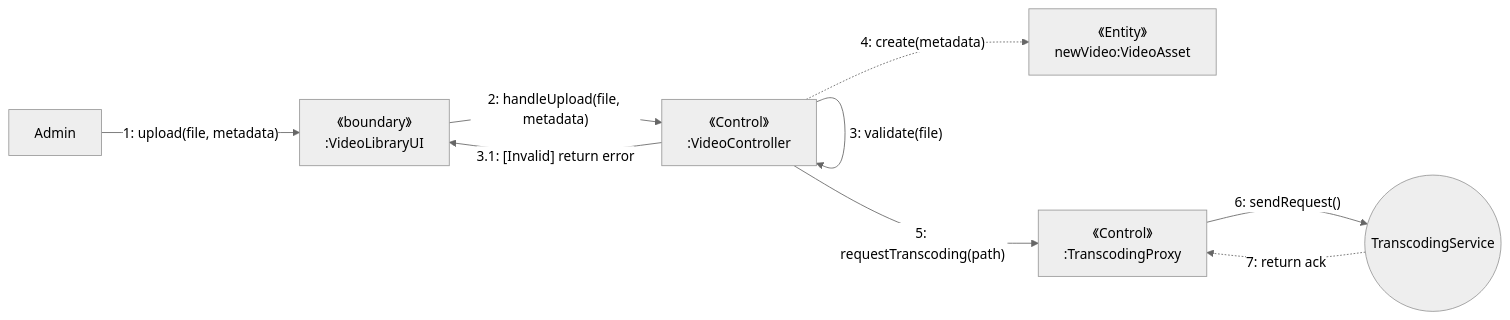
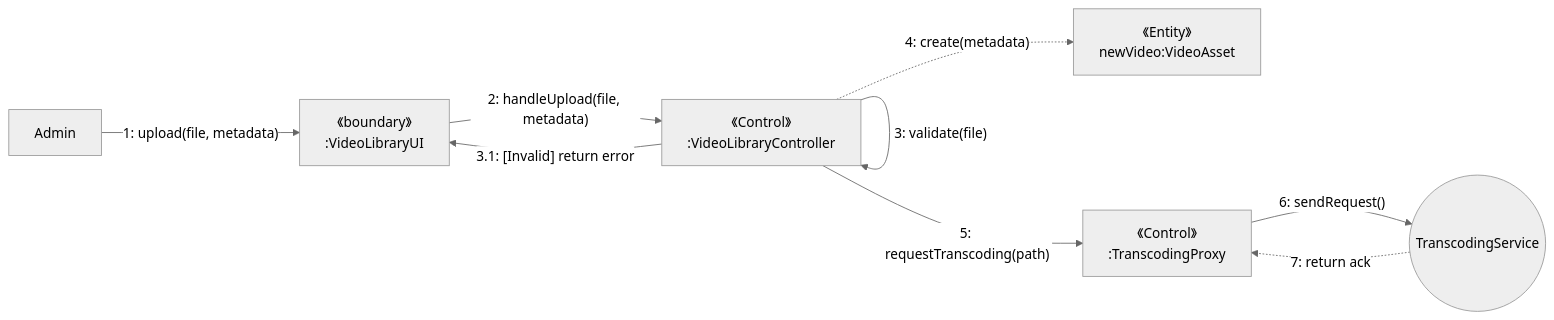
One commit to Danny8yo/online-private-movie-house changed the first of 7 diagrams in docLiu/管理视频库.md. Above: the diagram before and after it, drawn with Mermaid (neutral theme). The commit also changed other lines of this file and 32 other files, not shown here.

````diff
--- a/docLiu/管理视频库.md
+++ b/docLiu/管理视频库.md
@@ -40,17 +40,17 @@
 ```mermaid
 graph LR
     actor[Admin] -- "1: upload(file, metadata)" --> UI[《boundary》\n :VideoLibraryUI]
     classDef actor fill:#ffffff,stroke:#333,stroke-width:1px;
     
-    UI -- "2: handleUpload(file, metadata)" --> Controller[《Control》\n:VideoController]
+    UI -- "2: handleUpload(file, metadata)" --> Controller[《Control》\n:VideoLibraryController]
     
     Controller -- "3: validate(file)" --> Controller
     Controller -- "3.1: [Invalid] return error" --> UI
     
     Controller -. "4: create(metadata)" .-> Asset[《Entity》\nnewVideo:VideoAsset]
     
     Controller -- "5: requestTranscoding(path)" --> Proxy[《Control》\n:TranscodingProxy]
     
     Proxy -- "6: sendRequest()" --> ExtService((TranscodingService))
     ExtService -. "7: return ack" .-> Proxy
 ```
````
